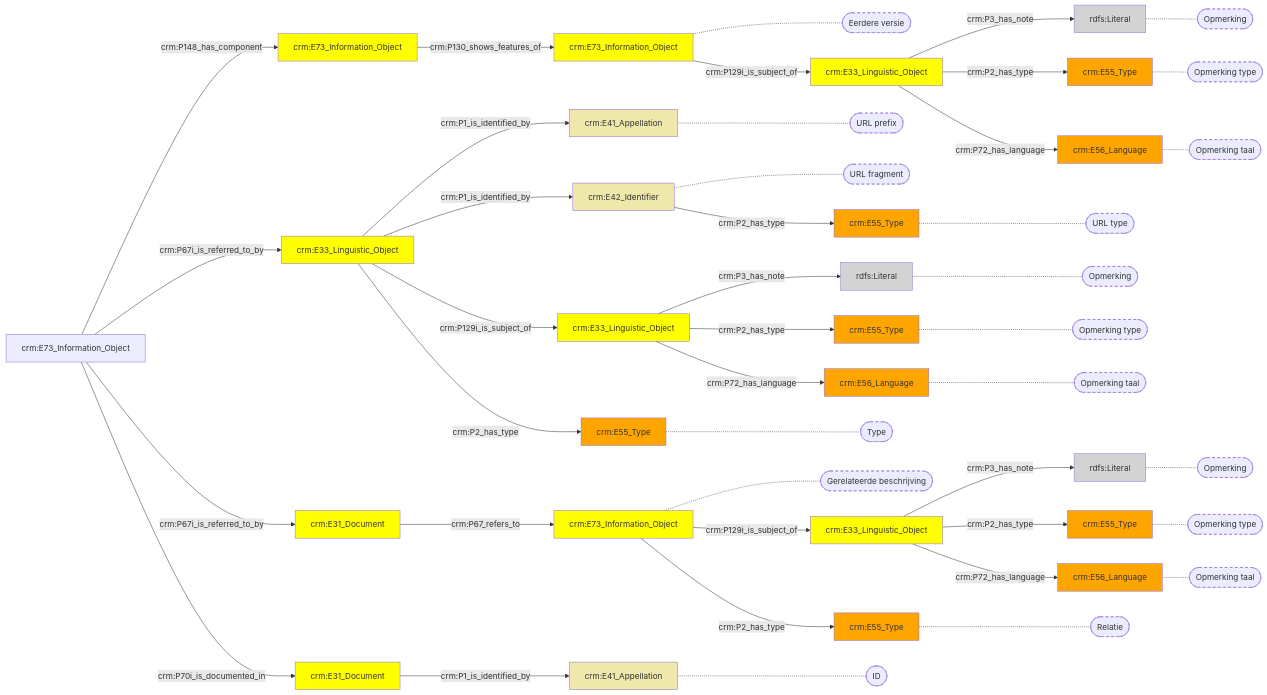
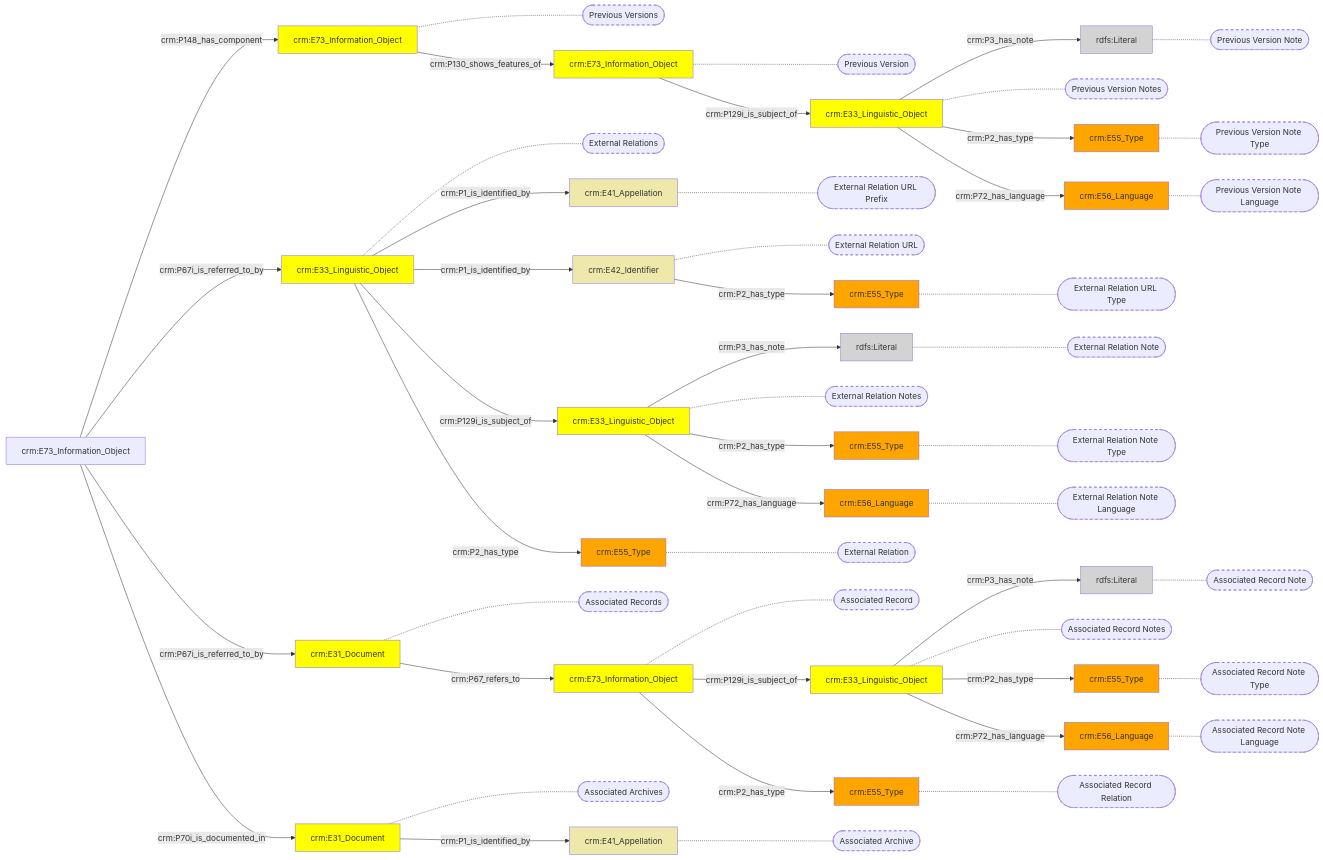
One commit to digipolisantwerpdocumentation/antwerp-cultureel-erfgoed changed the diagram in docs/content/modellen/ArchiefItemImmaterieel/VerwantMateriaal.md. Above: the diagram before and after it, drawn with Mermaid. The commit also changed 167 other files, not shown here.

````diff
--- a/docs/content/modellen/ArchiefItemImmaterieel/VerwantMateriaal.md
+++ b/docs/content/modellen/ArchiefItemImmaterieel/VerwantMateriaal.md
@@ -3,40 +3,30 @@
 2f6362b4-a5fe-11ec-b19f-9cf387da2c40["crm:E33_Linguistic_Object"]-->|"crm:P3_has_note"|2f63ab8e-a5fe-11ec-b19f-9cf387da2c40(rdfs:Literal)
 2f63743e-a5fe-11ec-b19f-9cf387da2c40["crm:E33_Linguistic_Object"]-->|"crm:P3_has_note"|2f63772c-a5fe-11ec-b19f-9cf387da2c40(rdfs:Literal)
 8031c762-a923-11ec-b19f-9cf387da2c40["crm:E33_Linguistic_Object"]-->|"crm:P3_has_note"|8031cd20-a923-11ec-b19f-9cf387da2c40(rdfs:Literal)
-0cba7466-af4d-11ec-b19f-9cf387da2c40["crm:E41_Appellation"]-.-0cba7466-af4d-11ec-b19f-9cf387da2c40_s(["URL prefix"])
-2f6374de-a5fe-11ec-b19f-9cf387da2c40["crm:E42_Identifier"]-.-2f6374de-a5fe-11ec-b19f-9cf387da2c40_s(["URL fragment"])
-2f63760a-a5fe-11ec-b19f-9cf387da2c40["crm:E55_Type"]-.-2f63760a-a5fe-11ec-b19f-9cf387da2c40_s(["Type"])
-2f63611a-a5fe-11ec-b19f-9cf387da2c40["crm:E41_Appellation"]-.-2f63611a-a5fe-11ec-b19f-9cf387da2c40_s(["ID"])
-2f63ac38-a5fe-11ec-b19f-9cf387da2c40["crm:E73_Information_Object"]-.-2f63ac38-a5fe-11ec-b19f-9cf387da2c40_s(["Gerelateerde beschrijving"])
-2f635f76-a5fe-11ec-b19f-9cf387da2c40["crm:E55_Type"]-.-2f635f76-a5fe-11ec-b19f-9cf387da2c40_s(["Opmerking type"])
-2f63ab8e-a5fe-11ec-b19f-9cf387da2c40["rdfs:Literal"]-.-2f63ab8e-a5fe-11ec-b19f-9cf387da2c40_s(["Opmerking"])
-2f635e86-a5fe-11ec-b19f-9cf387da2c40["crm:E56_Language"]-.-2f635e86-a5fe-11ec-b19f-9cf387da2c40_s(["Opmerking taal"])
-2f637696-a5fe-11ec-b19f-9cf387da2c40["crm:E55_Type"]-.-2f637696-a5fe-11ec-b19f-9cf387da2c40_s(["Opmerking type"])
-2f63772c-a5fe-11ec-b19f-9cf387da2c40["rdfs:Literal"]-.-2f63772c-a5fe-11ec-b19f-9cf387da2c40_s(["Opmerking"])
-2f6377c2-a5fe-11ec-b19f-9cf387da2c40["crm:E56_Language"]-.-2f6377c2-a5fe-11ec-b19f-9cf387da2c40_s(["Opmerking taal"])
-2f63756a-a5fe-11ec-b19f-9cf387da2c40["crm:E55_Type"]-.-2f63756a-a5fe-11ec-b19f-9cf387da2c40_s(["URL type"])
-2f63637c-a5fe-11ec-b19f-9cf387da2c40["crm:E55_Type"]-.-2f63637c-a5fe-11ec-b19f-9cf387da2c40_s(["Relatie"])
-8031cc6c-a923-11ec-b19f-9cf387da2c40["crm:E55_Type"]-.-8031cc6c-a923-11ec-b19f-9cf387da2c40_s(["Opmerking type"])
-8031cd20-a923-11ec-b19f-9cf387da2c40["rdfs:Literal"]-.-8031cd20-a923-11ec-b19f-9cf387da2c40_s(["Opmerking"])
-8031cb72-a923-11ec-b19f-9cf387da2c40["crm:E56_Language"]-.-8031cb72-a923-11ec-b19f-9cf387da2c40_s(["Opmerking taal"])
-2ba397f2-a923-11ec-b19f-9cf387da2c40["crm:E73_Information_Object"]-.-2ba397f2-a923-11ec-b19f-9cf387da2c40_s(["Eerdere versie"])
-style 0cba7466-af4d-11ec-b19f-9cf387da2c40_s stroke-dasharray: 5
-style 2f6374de-a5fe-11ec-b19f-9cf387da2c40_s stroke-dasharray: 5
-style 2f63760a-a5fe-11ec-b19f-9cf387da2c40_s stroke-dasharray: 5
-style 2f63611a-a5fe-11ec-b19f-9cf387da2c40_s stroke-dasharray: 5
-style 2f63ac38-a5fe-11ec-b19f-9cf387da2c40_s stroke-dasharray: 5
-style 2f635f76-a5fe-11ec-b19f-9cf387da2c40_s stroke-dasharray: 5
-style 2f63ab8e-a5fe-11ec-b19f-9cf387da2c40_s stroke-dasharray: 5
-style 2f635e86-a5fe-11ec-b19f-9cf387da2c40_s stroke-dasharray: 5
-style 2f637696-a5fe-11ec-b19f-9cf387da2c40_s stroke-dasharray: 5
-style 2f63772c-a5fe-11ec-b19f-9cf387da2c40_s stroke-dasharray: 5
-style 2f6377c2-a5fe-11ec-b19f-9cf387da2c40_s stroke-dasharray: 5
-style 2f63756a-a5fe-11ec-b19f-9cf387da2c40_s stroke-dasharray: 5
-style 2f63637c-a5fe-11ec-b19f-9cf387da2c40_s stroke-dasharray: 5
-style 8031cc6c-a923-11ec-b19f-9cf387da2c40_s stroke-dasharray: 5
-style 8031cd20-a923-11ec-b19f-9cf387da2c40_s stroke-dasharray: 5
-style 8031cb72-a923-11ec-b19f-9cf387da2c40_s stroke-dasharray: 5
-style 2ba397f2-a923-11ec-b19f-9cf387da2c40_s stroke-dasharray: 5
+8031c762-a923-11ec-b19f-9cf387da2c40["crm:E33_Linguistic_Object"]-.-8031c762-a923-11ec-b19f-9cf387da2c40_s(["Previous Version Notes"])
+0cba7466-af4d-11ec-b19f-9cf387da2c40["crm:E41_Appellation"]-.-0cba7466-af4d-11ec-b19f-9cf387da2c40_s(["External Relation URL Prefix"])
+2f6374de-a5fe-11ec-b19f-9cf387da2c40["crm:E42_Identifier"]-.-2f6374de-a5fe-11ec-b19f-9cf387da2c40_s(["External Relation URL"])
+2f63743e-a5fe-11ec-b19f-9cf387da2c40["crm:E33_Linguistic_Object"]-.-2f63743e-a5fe-11ec-b19f-9cf387da2c40_s(["External Relation Notes"])
+2f63760a-a5fe-11ec-b19f-9cf387da2c40["crm:E55_Type"]-.-2f63760a-a5fe-11ec-b19f-9cf387da2c40_s(["External Relation"])
+2f63611a-a5fe-11ec-b19f-9cf387da2c40["crm:E41_Appellation"]-.-2f63611a-a5fe-11ec-b19f-9cf387da2c40_s(["Associated Archive"])
+2f63ac38-a5fe-11ec-b19f-9cf387da2c40["crm:E73_Information_Object"]-.-2f63ac38-a5fe-11ec-b19f-9cf387da2c40_s(["Associated Record"])
+2f635f76-a5fe-11ec-b19f-9cf387da2c40["crm:E55_Type"]-.-2f635f76-a5fe-11ec-b19f-9cf387da2c40_s(["Associated Record Note Type"])
+2f63ab8e-a5fe-11ec-b19f-9cf387da2c40["rdfs:Literal"]-.-2f63ab8e-a5fe-11ec-b19f-9cf387da2c40_s(["Associated Record Note"])
+2f635e86-a5fe-11ec-b19f-9cf387da2c40["crm:E56_Language"]-.-2f635e86-a5fe-11ec-b19f-9cf387da2c40_s(["Associated Record Note Language"])
+2f637696-a5fe-11ec-b19f-9cf387da2c40["crm:E55_Type"]-.-2f637696-a5fe-11ec-b19f-9cf387da2c40_s(["External Relation Note Type"])
+2f63772c-a5fe-11ec-b19f-9cf387da2c40["rdfs:Literal"]-.-2f63772c-a5fe-11ec-b19f-9cf387da2c40_s(["External Relation Note"])
+2f6377c2-a5fe-11ec-b19f-9cf387da2c40["crm:E56_Language"]-.-2f6377c2-a5fe-11ec-b19f-9cf387da2c40_s(["External Relation Note Language"])
+2f63756a-a5fe-11ec-b19f-9cf387da2c40["crm:E55_Type"]-.-2f63756a-a5fe-11ec-b19f-9cf387da2c40_s(["External Relation URL Type"])
+2f6362b4-a5fe-11ec-b19f-9cf387da2c40["crm:E33_Linguistic_Object"]-.-2f6362b4-a5fe-11ec-b19f-9cf387da2c40_s(["Associated Record Notes"])
+2f63637c-a5fe-11ec-b19f-9cf387da2c40["crm:E55_Type"]-.-2f63637c-a5fe-11ec-b19f-9cf387da2c40_s(["Associated Record Relation"])
+edeadcb8-a922-11ec-b19f-9cf387da2c40["crm:E73_Information_Object"]-.-edeadcb8-a922-11ec-b19f-9cf387da2c40_s(["Previous Versions"])
+2f627066-a5fe-11ec-b19f-9cf387da2c40["crm:E33_Linguistic_Object"]-.-2f627066-a5fe-11ec-b19f-9cf387da2c40_s(["External Relations"])
+2f634fd6-a5fe-11ec-b19f-9cf387da2c40["crm:E31_Document"]-.-2f634fd6-a5fe-11ec-b19f-9cf387da2c40_s(["Associated Records"])
+2f632c68-a5fe-11ec-b19f-9cf387da2c40["crm:E31_Document"]-.-2f632c68-a5fe-11ec-b19f-9cf387da2c40_s(["Associated Archives"])
+8031cc6c-a923-11ec-b19f-9cf387da2c40["crm:E55_Type"]-.-8031cc6c-a923-11ec-b19f-9cf387da2c40_s(["Previous Version Note Type"])
+8031cd20-a923-11ec-b19f-9cf387da2c40["rdfs:Literal"]-.-8031cd20-a923-11ec-b19f-9cf387da2c40_s(["Previous Version Note"])
+8031cb72-a923-11ec-b19f-9cf387da2c40["crm:E56_Language"]-.-8031cb72-a923-11ec-b19f-9cf387da2c40_s(["Previous Version Note Language"])
+2ba397f2-a923-11ec-b19f-9cf387da2c40["crm:E73_Information_Object"]-.-2ba397f2-a923-11ec-b19f-9cf387da2c40_s(["Previous Version"])
 2ba397f2-a923-11ec-b19f-9cf387da2c40["crm:E73_Information_Object"]-->|"crm:P129i_is_subject_of"|8031c762-a923-11ec-b19f-9cf387da2c40["crm:E33_Linguistic_Object"]
 2f627066-a5fe-11ec-b19f-9cf387da2c40["crm:E33_Linguistic_Object"]-->|"crm:P1_is_identified_by"|0cba7466-af4d-11ec-b19f-9cf387da2c40["crm:E41_Appellation"]
 2f627066-a5fe-11ec-b19f-9cf387da2c40["crm:E33_Linguistic_Object"]-->|"crm:P1_is_identified_by"|2f6374de-a5fe-11ec-b19f-9cf387da2c40["crm:E42_Identifier"]
@@ -82,4 +72,28 @@
 style 8031cc6c-a923-11ec-b19f-9cf387da2c40 fill:#ffa500
 style 8031cd20-a923-11ec-b19f-9cf387da2c40 fill:#D3D3D3
 style edeadcb8-a922-11ec-b19f-9cf387da2c40 fill:#ffff00
+style 8031c762-a923-11ec-b19f-9cf387da2c40_s stroke-dasharray: 5
+style 0cba7466-af4d-11ec-b19f-9cf387da2c40_s stroke-dasharray: 5
+style 2f6374de-a5fe-11ec-b19f-9cf387da2c40_s stroke-dasharray: 5
+style 2f63743e-a5fe-11ec-b19f-9cf387da2c40_s stroke-dasharray: 5
+style 2f63760a-a5fe-11ec-b19f-9cf387da2c40_s stroke-dasharray: 5
+style 2f63611a-a5fe-11ec-b19f-9cf387da2c40_s stroke-dasharray: 5
+style 2f63ac38-a5fe-11ec-b19f-9cf387da2c40_s stroke-dasharray: 5
+style 2f635f76-a5fe-11ec-b19f-9cf387da2c40_s stroke-dasharray: 5
+style 2f63ab8e-a5fe-11ec-b19f-9cf387da2c40_s stroke-dasharray: 5
+style 2f635e86-a5fe-11ec-b19f-9cf387da2c40_s stroke-dasharray: 5
+style 2f637696-a5fe-11ec-b19f-9cf387da2c40_s stroke-dasharray: 5
+style 2f63772c-a5fe-11ec-b19f-9cf387da2c40_s stroke-dasharray: 5
+style 2f6377c2-a5fe-11ec-b19f-9cf387da2c40_s stroke-dasharray: 5
+style 2f63756a-a5fe-11ec-b19f-9cf387da2c40_s stroke-dasharray: 5
+style 2f6362b4-a5fe-11ec-b19f-9cf387da2c40_s stroke-dasharray: 5
+style 2f63637c-a5fe-11ec-b19f-9cf387da2c40_s stroke-dasharray: 5
+style edeadcb8-a922-11ec-b19f-9cf387da2c40_s stroke-dasharray: 5
+style 2f627066-a5fe-11ec-b19f-9cf387da2c40_s stroke-dasharray: 5
+style 2f634fd6-a5fe-11ec-b19f-9cf387da2c40_s stroke-dasharray: 5
+style 2f632c68-a5fe-11ec-b19f-9cf387da2c40_s stroke-dasharray: 5
+style 8031cc6c-a923-11ec-b19f-9cf387da2c40_s stroke-dasharray: 5
+style 8031cd20-a923-11ec-b19f-9cf387da2c40_s stroke-dasharray: 5
+style 8031cb72-a923-11ec-b19f-9cf387da2c40_s stroke-dasharray: 5
+style 2ba397f2-a923-11ec-b19f-9cf387da2c40_s stroke-dasharray: 5
 ```
````
